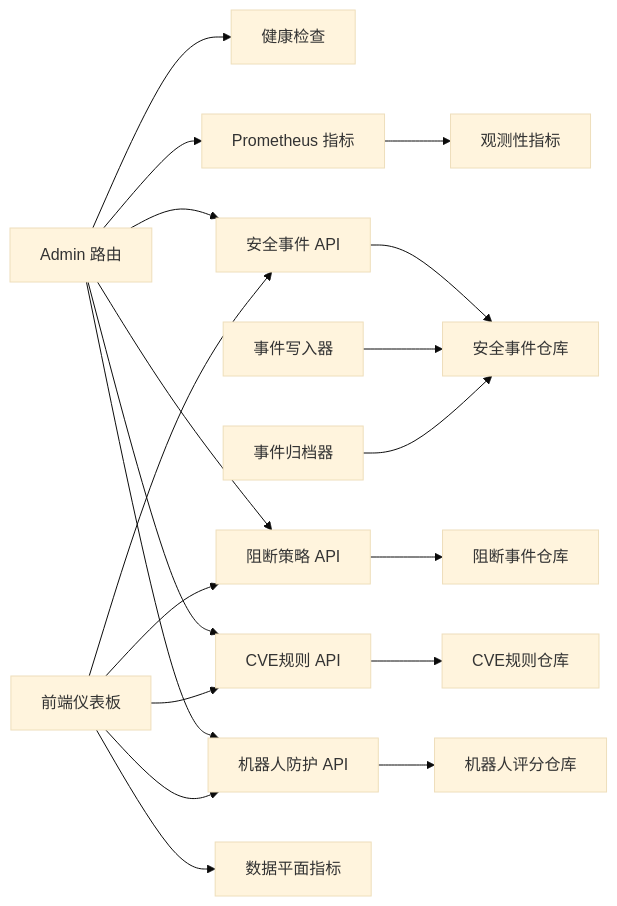
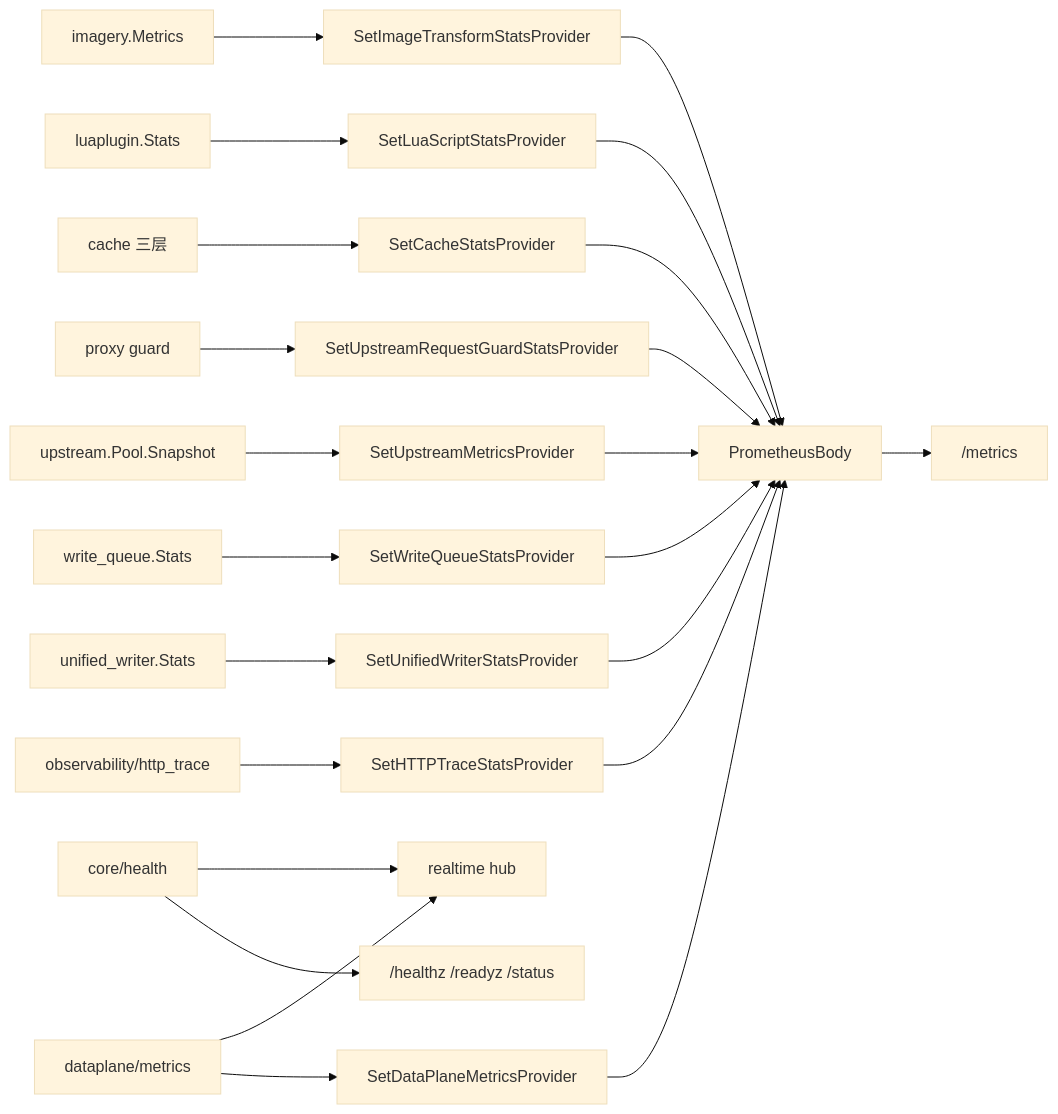
Before and after one commit to x01n/My-OpenWaf: the sixth of 7 diagrams in docs/扩展与插件系统/第三方集成/监控系统集成.md, drawn with Mermaid (base theme). The commit also changed other lines of this file and 622 other files, not shown here.

````diff
--- a/docs/扩展与插件系统/第三方集成/监控系统集成.md
+++ b/docs/扩展与插件系统/第三方集成/监控系统集成.md
@@ -467,21 +416,25 @@
 ```mermaid
 graph LR
-Router["Admin 路由"] --> HC["健康检查"]
-Router --> PM["Prometheus 指标"]
-Router --> API["安全事件 API"]
-Router --> DropAPI["阻断策略 API"]
-Router --> CVEAPI["CVE规则 API"]
-Router --> BotAPI["机器人防护 API"]
-API --> Repo["安全事件仓库"]
-DropAPI --> DropRepo["阻断事件仓库"]
-CVEAPI --> CVERepo["CVE规则仓库"]
-BotAPI --> BotRepo["机器人评分仓库"]
-PM --> Obs["观测性指标"]
-EW["事件写入器"] --> Repo
-Arch["事件归档器"] --> Repo
-FE["前端仪表板"] --> API
-FE --> DropAPI
-FE --> CVEAPI
-FE --> BotAPI
-FE --> DPM["数据平面指标"]
+DPSRC["dataplane/metrics"] --> BR1["SetDataPlaneMetricsProvider"]
+HTSRC["observability/http_trace"] --> BR2["SetHTTPTraceStatsProvider"]
+UWSRC["unified_writer.Stats"] --> BR3["SetUnifiedWriterStatsProvider"]
+WQSRC["write_queue.Stats"] --> BR4["SetWriteQueueStatsProvider"]
+UPSRC["upstream.Pool.Snapshot"] --> BR5["SetUpstreamMetricsProvider"]
+GRD["proxy guard"] --> BR6["SetUpstreamRequestGuardStatsProvider"]
+CASRC["cache 三层"] --> BR7["SetCacheStatsProvider"]
+LUASRC["luaplugin.Stats"] --> BR8["SetLuaScriptStatsProvider"]
+IMGSRC["imagery.Metrics"] --> BR9["SetImageTransformStatsProvider"]
+BR1 --> MET["PrometheusBody"]
+BR2 --> MET
+BR3 --> MET
+BR4 --> MET
+BR5 --> MET
+BR6 --> MET
+BR7 --> MET
+BR8 --> MET
+BR9 --> MET
+MET --> OUT["/metrics"]
+HC["core/health"] --> OUT2["/healthz /readyz /status"]
+DPSRC --> RT["realtime hub"]
+HC --> RT
 ```
````
